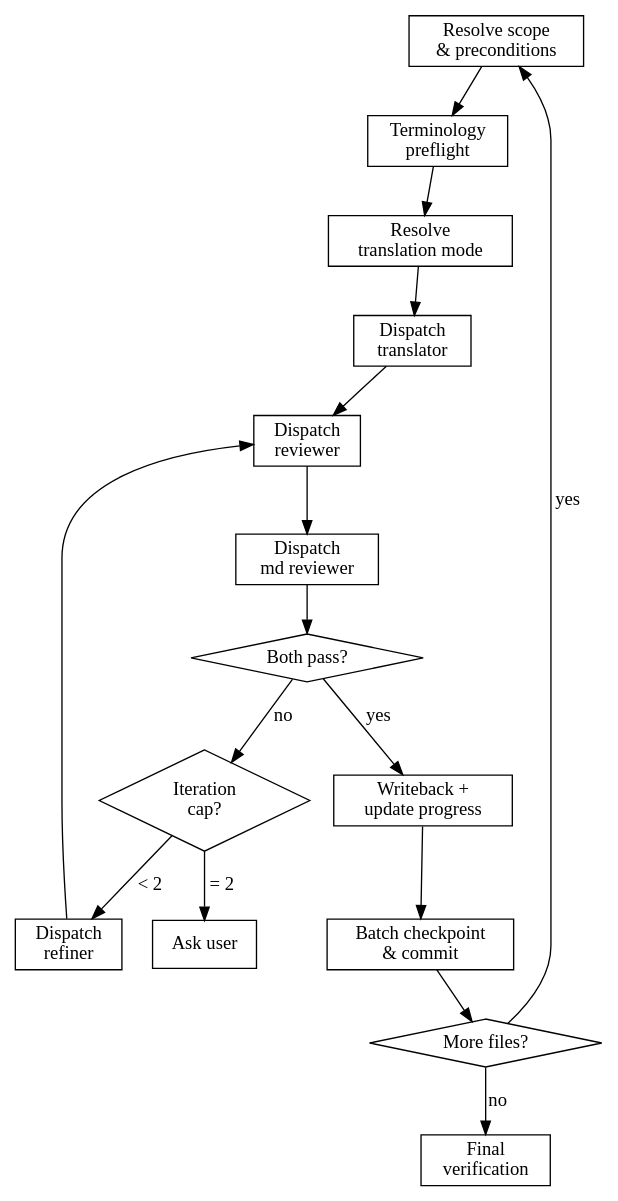
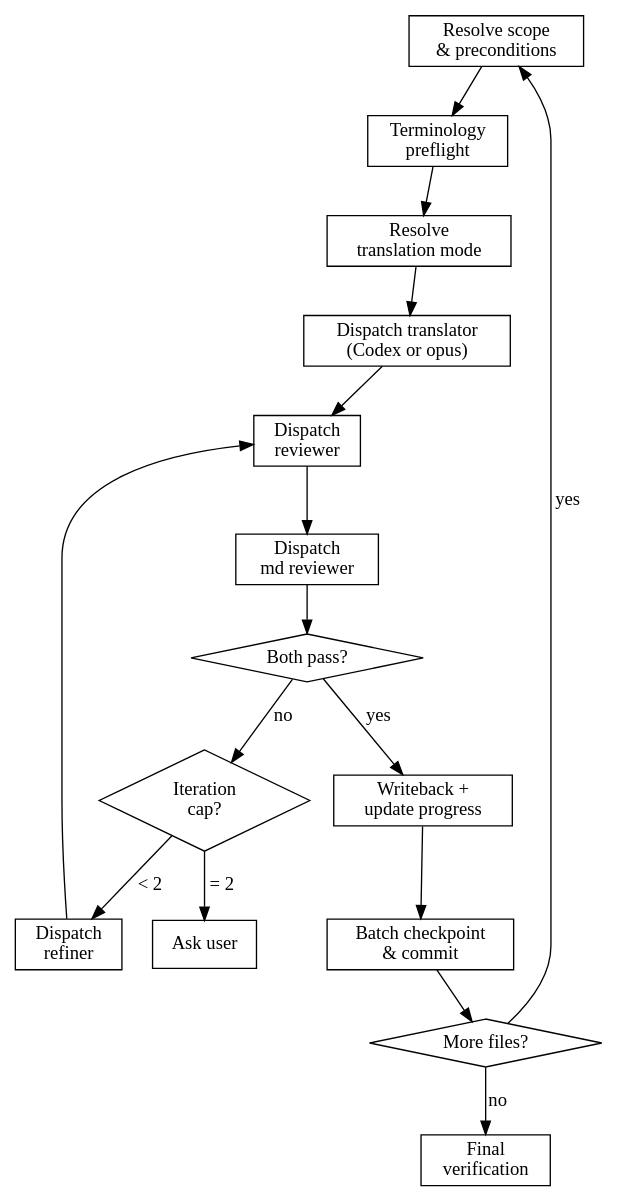
Before and after one commit to tool-jx3/game-doc-template: the diagram in .claude/skills/super-translate/SKILL.md, drawn with Graphviz. The commit also changed other lines of this file and 11 other files, not shown here.

````diff
--- a/.claude/skills/super-translate/SKILL.md
+++ b/.claude/skills/super-translate/SKILL.md
@@ -168,33 +171,33 @@
 ```dot
 digraph super_translate {
     rankdir=TB;
     start [label="Resolve scope\n& preconditions", shape=box];
     preflight [label="Terminology\npreflight", shape=box];
     mode [label="Resolve\ntranslation mode", shape=box];
-    translate [label="Dispatch\ntranslator", shape=box];
+    translate [label="Dispatch translator\n(Codex or opus)", shape=box];
     review [label="Dispatch\nreviewer", shape=box];
     mdreview [label="Dispatch\nmd reviewer", shape=box];
     pass [label="Both pass?", shape=diamond];
     refine [label="Dispatch\nrefiner", shape=box];
     cap [label="Iteration\ncap?", shape=diamond];
     writeback [label="Writeback +\nupdate progress", shape=box];
     ask [label="Ask user", shape=box];
     checkpoint [label="Batch checkpoint\n& commit", shape=box];
     more [label="More files?", shape=diamond];
     verify [label="Final\nverification", shape=box];
 
     start -> preflight -> mode -> translate;
     translate -> review;
     review -> mdreview;
     mdreview -> pass;
     pass -> writeback [label="yes"];
     pass -> cap [label="no"];
     cap -> refine [label="< 2"];
     cap -> ask [label="= 2"];
     refine -> review;
     writeback -> checkpoint;
     checkpoint -> more;
     more -> start [label="yes"];
     more -> verify [label="no"];
 }
 ```
````
